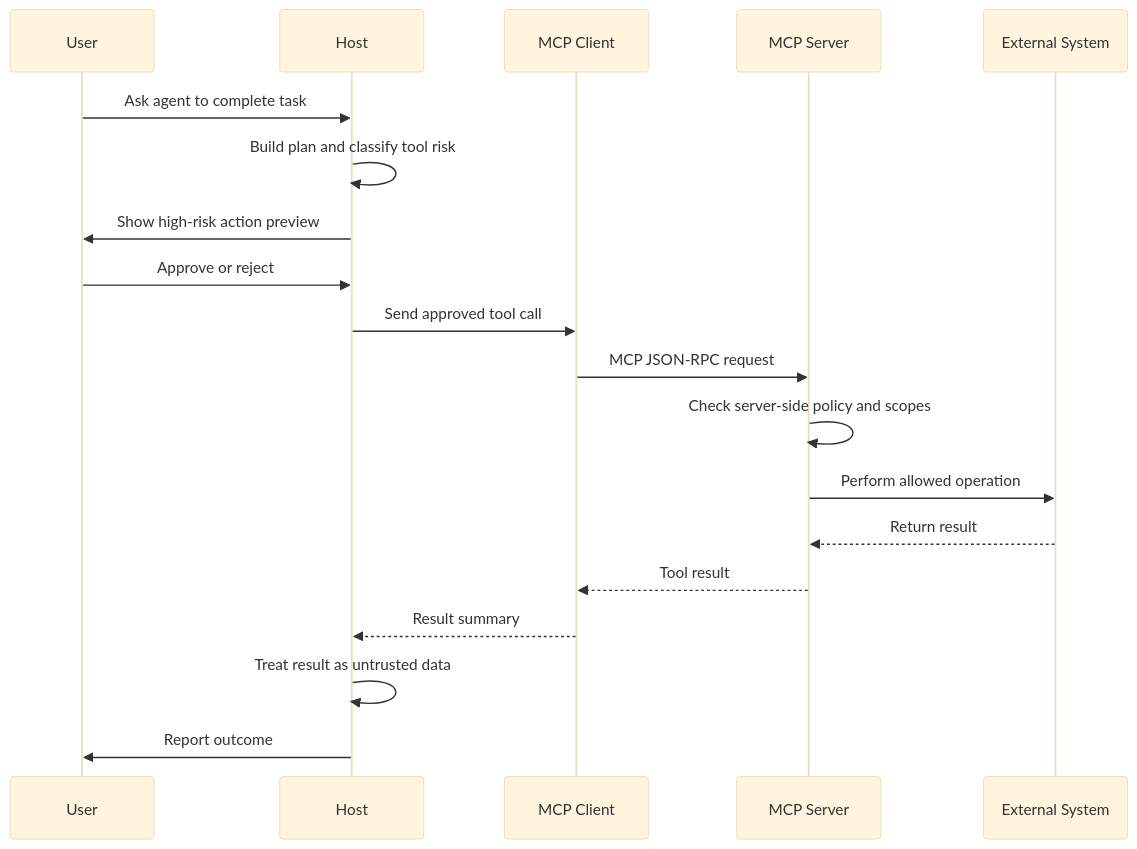
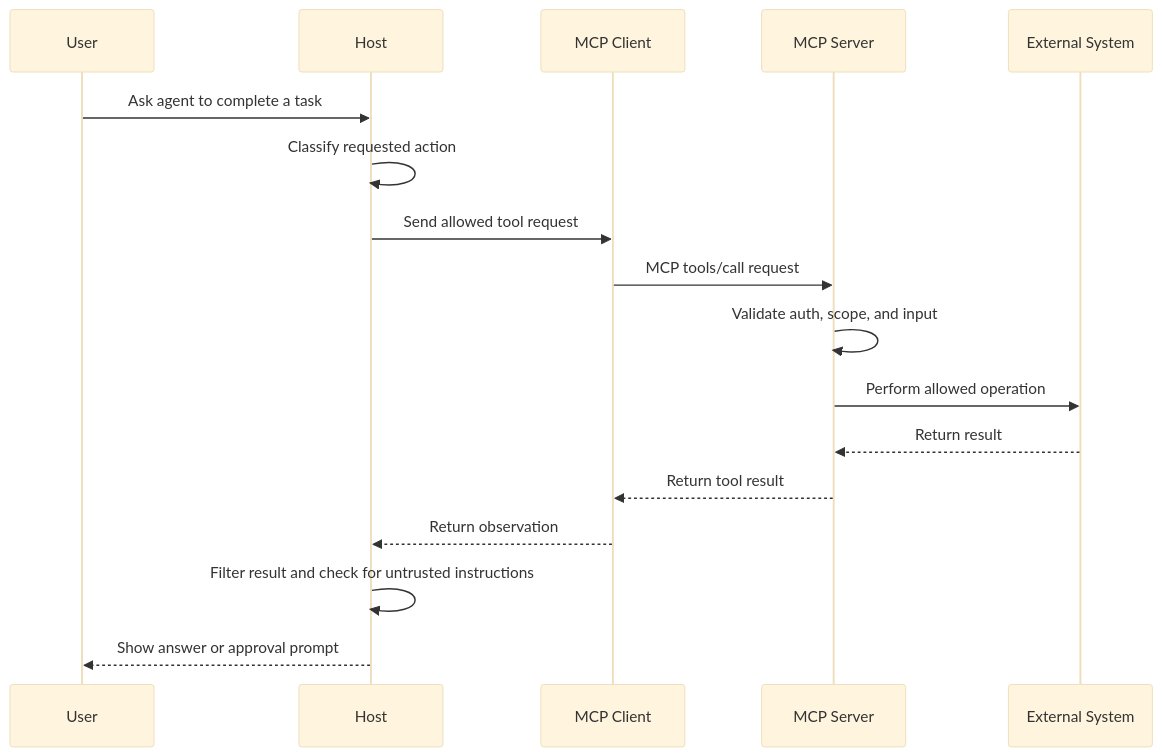
The fifth of 5 diagrams in docs/stages/06-mcp/security-boundaries-conn-tool/index.md (AceronX/ai-agent-roadmap), drawn with Mermaid (base theme) before and after one commit. The commit also changed other lines of this file, not shown here.

Commit message:
feat: expand MCP security boundaries lesson

````diff
--- a/docs/stages/06-mcp/security-boundaries-conn-tool/index.md
+++ b/docs/stages/06-mcp/security-boundaries-conn-tool/index.md
@@ -444,22 +541,20 @@
 ```mermaid
 sequenceDiagram
     participant U as User
     participant H as Host
     participant C as MCP Client
     participant S as MCP Server
     participant E as External System
 
-    U->>H: Ask agent to complete task
-    H->>H: Build plan and classify tool risk
-    H->>U: Show high-risk action preview
-    U->>H: Approve or reject
-    H->>C: Send approved tool call
-    C->>S: MCP JSON-RPC request
-    S->>S: Check server-side policy and scopes
+    U->>H: Ask agent to complete a task
+    H->>H: Classify requested action
+    H->>C: Send allowed tool request
+    C->>S: MCP tools/call request
+    S->>S: Validate auth, scope, and input
     S->>E: Perform allowed operation
     E-->>S: Return result
-    S-->>C: Tool result
-    C-->>H: Result summary
-    H->>H: Treat result as untrusted data
-    H->>U: Report outcome
+    S-->>C: Return tool result
+    C-->>H: Return observation
+    H->>H: Filter result and check for untrusted instructions
+    H-->>U: Show answer or approval prompt
 ```
````
